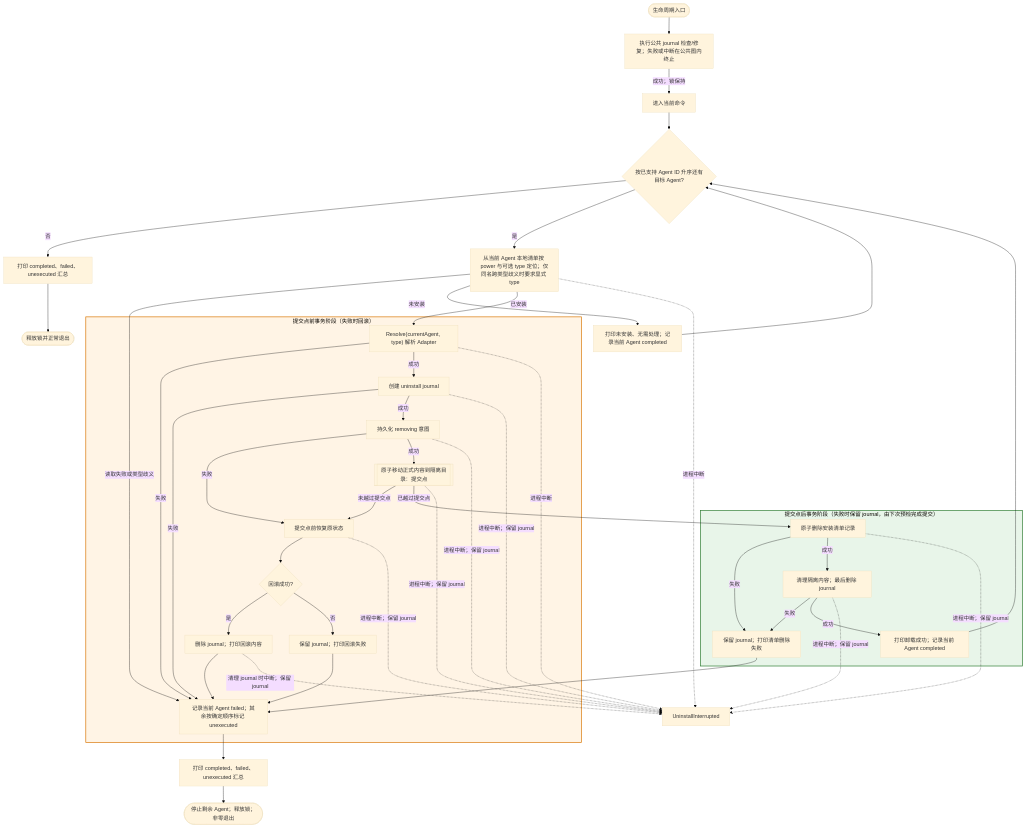
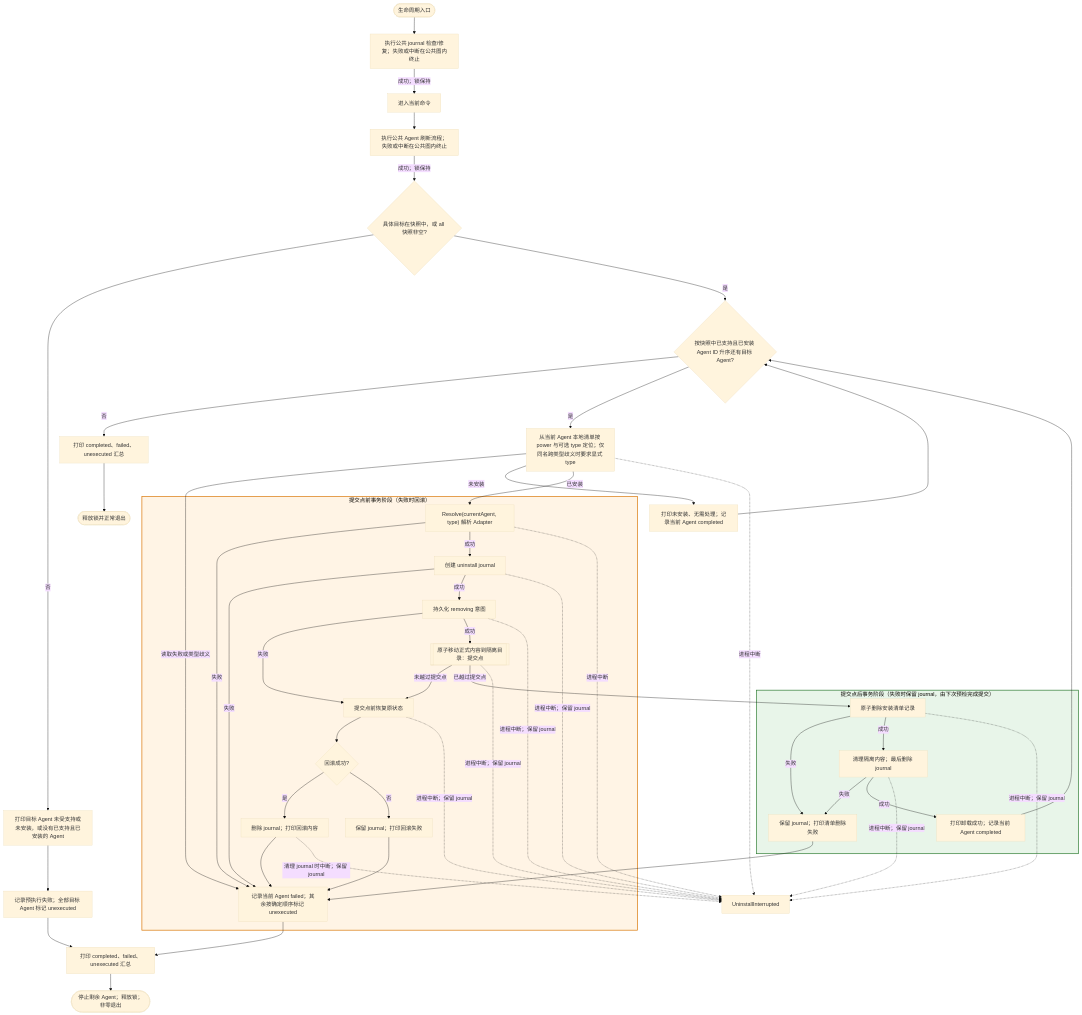
Before and after one commit to spacemit-com/agent-power-manager: the diagram in ivory-tower/c4/components/apm-cli-lifecycle-diagrams/uninstall.mmd, drawn with Mermaid (base theme). The commit also changed 11 other files, not shown here.

Commit message:
docs(adr): define installed Agent discovery

```diff
--- a/ivory-tower/c4/components/apm-cli-lifecycle-diagrams/uninstall.mmd
+++ b/ivory-tower/c4/components/apm-cli-lifecycle-diagrams/uninstall.mmd
@@ -1,50 +1,53 @@
 flowchart TD
     UninstallStart([生命周期入口]) --> UninstallRecovery[执行公共 journal 检查/修复；失败或中断在公共图内终止]
     UninstallRecovery -->|成功；锁保持| UninstallCommand[进入当前命令]
 
-    UninstallCommand --> UninstallNextAgent{按已支持 Agent ID 升序还有目标 Agent?}
+    UninstallCommand --> UninstallDiscovery[执行公共 Agent 刷新流程；失败或中断在公共图内终止]
+    UninstallDiscovery -->|成功；锁保持| UninstallTarget{具体目标在快照中，或 all 快照非空?}
+    UninstallTarget -->|否| UninstallTargetFail[打印目标 Agent 未受支持或未安装，或没有已支持且已安装的 Agent] --> UninstallPreflightFail[记录预执行失败；全部目标 Agent 标记 unexecuted] --> UninstallPrintFailureSummary
+    UninstallTarget -->|是| UninstallNextAgent{按快照中已支持且已安装 Agent ID 升序还有目标 Agent?}
     UninstallNextAgent -->|否| UninstallPrintSuccessSummary[打印 completed、failed、unexecuted 汇总] --> UninstallOK([释放锁并正常退出])
     UninstallNextAgent -->|是| UninstallFind[从当前 Agent 本地清单按 power 与可选 type 定位；仅同名跨类型歧义时要求显式 type]
     UninstallFind -->|读取失败或类型歧义| UninstallFail[记录当前 Agent failed；其余按确定顺序标记 unexecuted]
     UninstallFind -->|未安装| UninstallSkip[打印未安装、无需处理；记录当前 Agent completed] --> UninstallNextAgent
     UninstallFind -->|已安装| UninstallAdapter["Resolve(currentAgent, type) 解析 Adapter"]
     UninstallAdapter -->|失败| UninstallFail
 
     subgraph UninstallPreCommit["提交点前事务阶段（失败时回滚）"]
         UninstallAdapter -->|成功| UninstallCreateJournal[创建 uninstall journal]
         UninstallCreateJournal -->|失败| UninstallFail
         UninstallCreateJournal -->|成功| UninstallIntent[持久化 removing 意图]
         UninstallIntent -->|失败| UninstallRollback[提交点前恢复原状态]
         UninstallIntent -->|成功| UninstallQuarantine[[原子移动正式内容到隔离目录：提交点]]
         UninstallQuarantine -->|未越过提交点| UninstallRollback
         UninstallRollback --> UninstallRollbackOK{回滚成功?}
         UninstallRollbackOK -->|是| UninstallRolledBack[删除 journal；打印回滚内容]
         UninstallRollbackOK -->|否| UninstallKeepRollback[保留 journal；打印回滚失败]
     end
 
     subgraph UninstallPostCommit["提交点后事务阶段（失败时保留 journal，由下次预检完成提交）"]
         UninstallQuarantine -->|已越过提交点| UninstallManifest[原子删除安装清单记录]
         UninstallManifest -->|失败| UninstallKeepCommit[保留 journal；打印清单删除失败]
         UninstallManifest -->|成功| UninstallCleanup[清理隔离内容；最后删除 journal]
         UninstallCleanup -->|失败| UninstallKeepCommit
         UninstallCleanup -->|成功| UninstallRemoved[打印卸载成功；记录当前 Agent completed]
     end
 
     UninstallRemoved --> UninstallNextAgent
     UninstallRolledBack --> UninstallFail
     UninstallKeepRollback --> UninstallFail
     UninstallKeepCommit --> UninstallFail
     UninstallFail --> UninstallPrintFailureSummary[打印 completed、failed、unexecuted 汇总] --> UninstallBatchError([停止剩余 Agent；释放锁；非零退出])
 
     UninstallFind -.进程中断.-> UninstallInterrupted
     UninstallAdapter -.进程中断.-> UninstallInterrupted
     UninstallCreateJournal -.进程中断；保留 journal.-> UninstallInterrupted
     UninstallIntent -.进程中断；保留 journal.-> UninstallInterrupted
     UninstallQuarantine -.进程中断；保留 journal.-> UninstallInterrupted
     UninstallManifest -.进程中断；保留 journal.-> UninstallInterrupted
     UninstallCleanup -.进程中断；保留 journal.-> UninstallInterrupted
     UninstallRollback -.进程中断；保留 journal.-> UninstallInterrupted
     UninstallRolledBack -.清理 journal 时中断；保留 journal.-> UninstallInterrupted
 
     style UninstallPreCommit fill:#fff4e5,stroke:#d97706,stroke-width:2px
     style UninstallPostCommit fill:#e8f5e9,stroke:#2e7d32,stroke-width:2px
```
